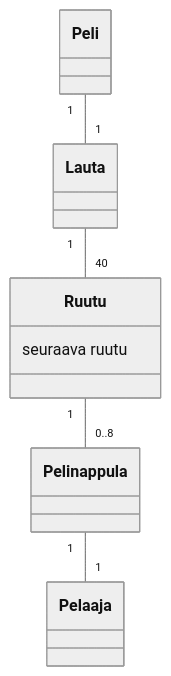
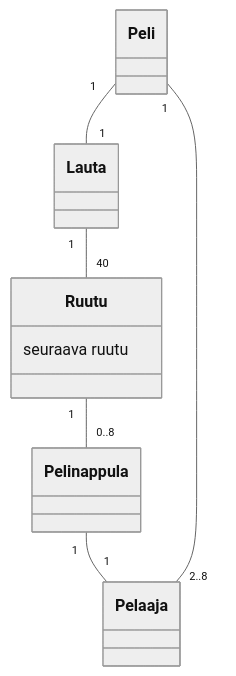
One commit to phuvio/ot-harjoitustyo changed the diagram in laskarit/viikko3/monopoli.md. Above: the diagram before and after it, drawn with Mermaid (neutral theme).

````diff
--- a/laskarit/viikko3/monopoli.md
+++ b/laskarit/viikko3/monopoli.md
@@ -3,19 +3,20 @@
 ```mermaid
  classDiagram
       Peli "1"--"1" Lauta
       Lauta "1"--"40" Ruutu
       Ruutu "1"--"0..8" Pelinappula
       Pelinappula "1"--"1" Pelaaja
+      Pelaaja "2..8"--"1" Peli
       class Peli{
       }
       class Lauta{
       }
       class Ruutu{
       seuraava ruutu
       }
       class Pelaaja{
       }
       class Pelinappula{
       }
       
 ```
````
